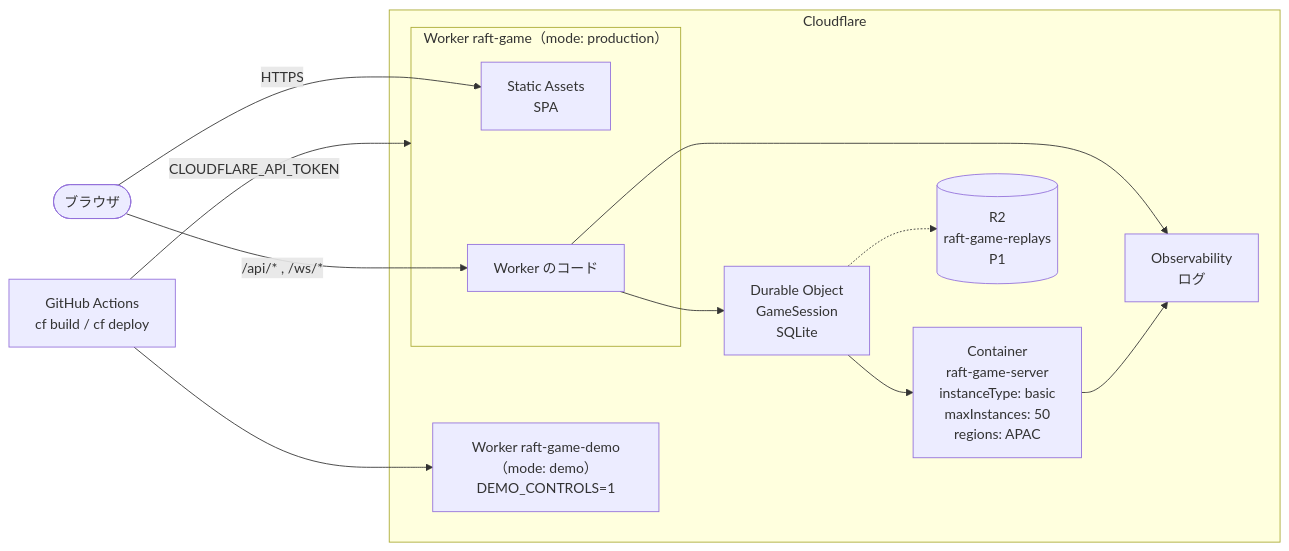
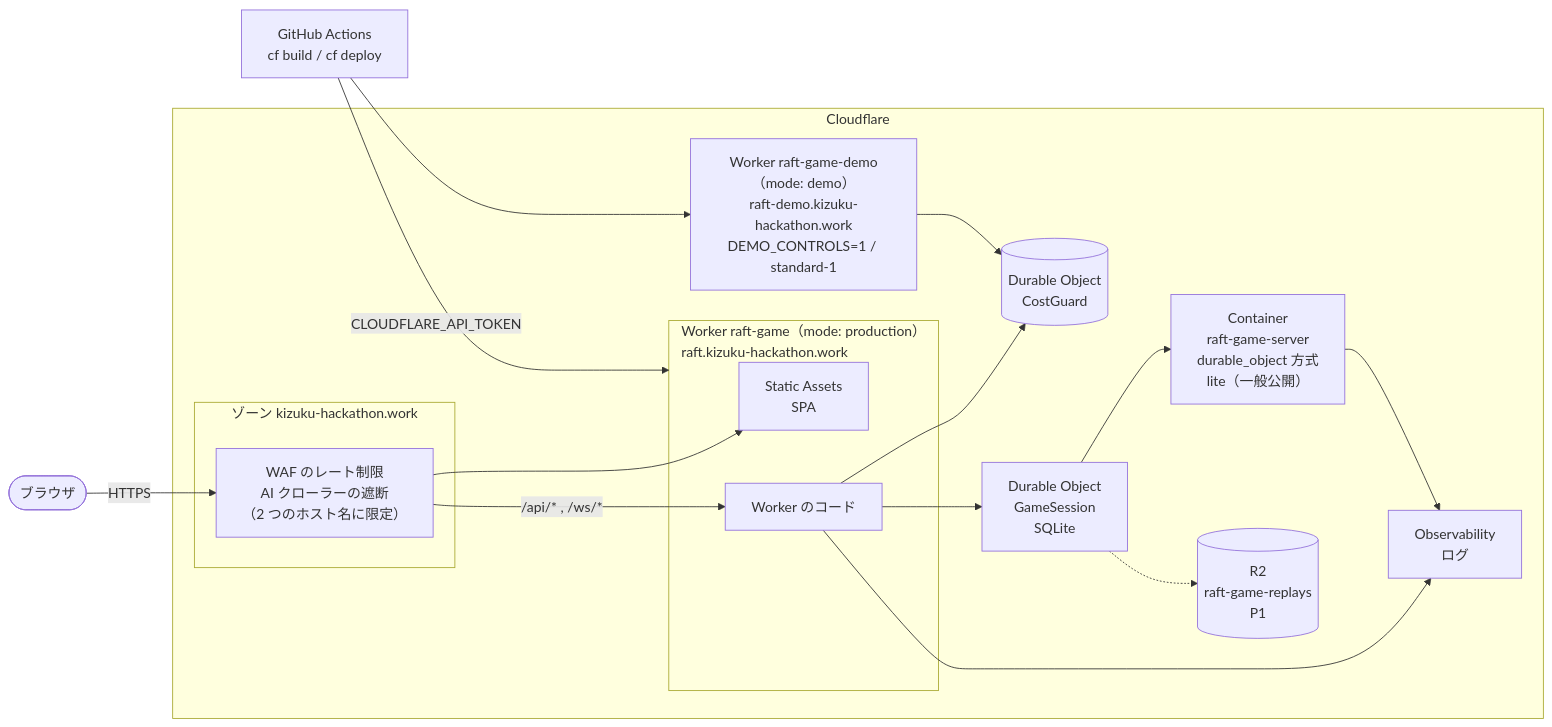
Before and after one commit to K-Kizuku/raft-game: the ninth of 9 diagrams in docs/02-architecture.md, drawn with Mermaid. The commit also changed other lines of this file and 19 other files, not shown here.

````diff
--- a/docs/02-architecture.md
+++ b/docs/02-architecture.md
@@ -283,25 +293,32 @@
 ```mermaid
 flowchart LR
     user([ブラウザ])
     subgraph cfn[Cloudflare]
-        subgraph wk["Worker raft-game（mode: production）"]
+        subgraph zone["ゾーン kizuku-hackathon.work"]
+            waf[WAF のレート制限<br/>AI クローラーの遮断<br/>（2 つのホスト名に限定）]
+        end
+        subgraph wk["Worker raft-game（mode: production）<br/>raft.kizuku-hackathon.work"]
             sa[Static Assets<br/>SPA]
             wcode[Worker のコード]
         end
+        guard[(Durable Object<br/>CostGuard)]
         dobj[Durable Object<br/>GameSession<br/>SQLite]
-        ctr[Container<br/>raft-game-server<br/>instanceType: basic<br/>maxInstances: 50<br/>regions: APAC]
+        ctr[Container<br/>raft-game-server<br/>durable_object 方式<br/>lite（一般公開）]
         r2[(R2<br/>raft-game-replays<br/>P1)]
         obs[Observability<br/>ログ]
-        demo["Worker raft-game-demo（mode: demo）<br/>DEMO_CONTROLS=1"]
+        demo["Worker raft-game-demo（mode: demo）<br/>raft-demo.kizuku-hackathon.work<br/>DEMO_CONTROLS=1 / standard-1"]
     end
     gh[GitHub Actions<br/>cf build / cf deploy]
 
-    user -- HTTPS --> sa
-    user -- "/api/* , /ws/*" --> wcode
+    user -- HTTPS --> waf
+    waf --> sa
+    waf -- "/api/* , /ws/*" --> wcode
+    wcode --> guard
     wcode --> dobj
     dobj --> ctr
     dobj -.-> r2
+    demo --> guard
     wcode & ctr --> obs
     gh -- "CLOUDFLARE_API_TOKEN" --> wk
     gh --> demo
 ```
````
